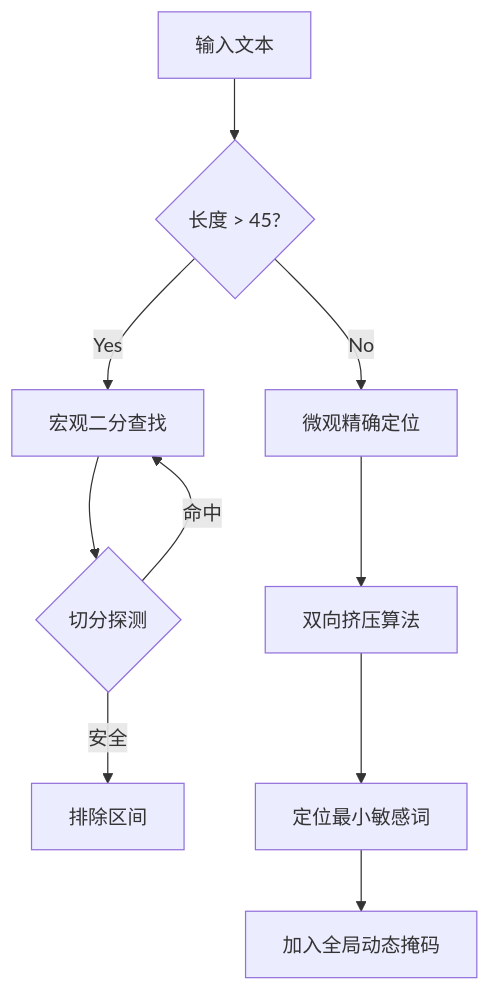
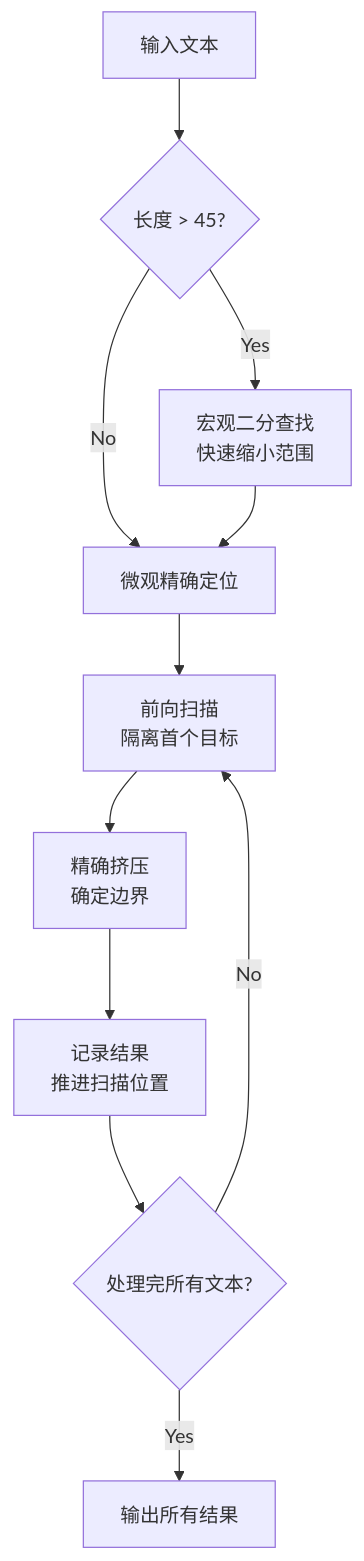
The diagram in README.md (Ashik245-commits/LLM-Filter-Probe), drawn with Mermaid before and after one commit. The commit also changed other lines of this file and 6 other files, not shown here.

````diff
--- a/README.md
+++ b/README.md
@@ -88,12 +88,13 @@
 ```mermaid
 graph TD
     A[输入文本] --> B{长度 > 45?};
-    B -- Yes --> C[宏观二分查找];
+    B -- Yes --> C[宏观二分查找<br>快速缩小范围];
     B -- No --> D[微观精确定位];
-    C --> E{切分探测};
-    E -- 命中 --> C;
-    E -- 安全 --> F[排除区间];
-    D --> G[双向挤压算法];
-    G --> H[定位最小敏感词];
-    H --> I[加入全局动态掩码];
+    C --> D;
+    D --> E[前向扫描<br>隔离首个目标];
+    E --> F[精确挤压<br>确定边界];
+    F --> G[记录结果<br>推进扫描位置];
+    G --> H{处理完所有文本?};
+    H -- No --> E;
+    H -- Yes --> I[输出所有结果];
 ```
````
